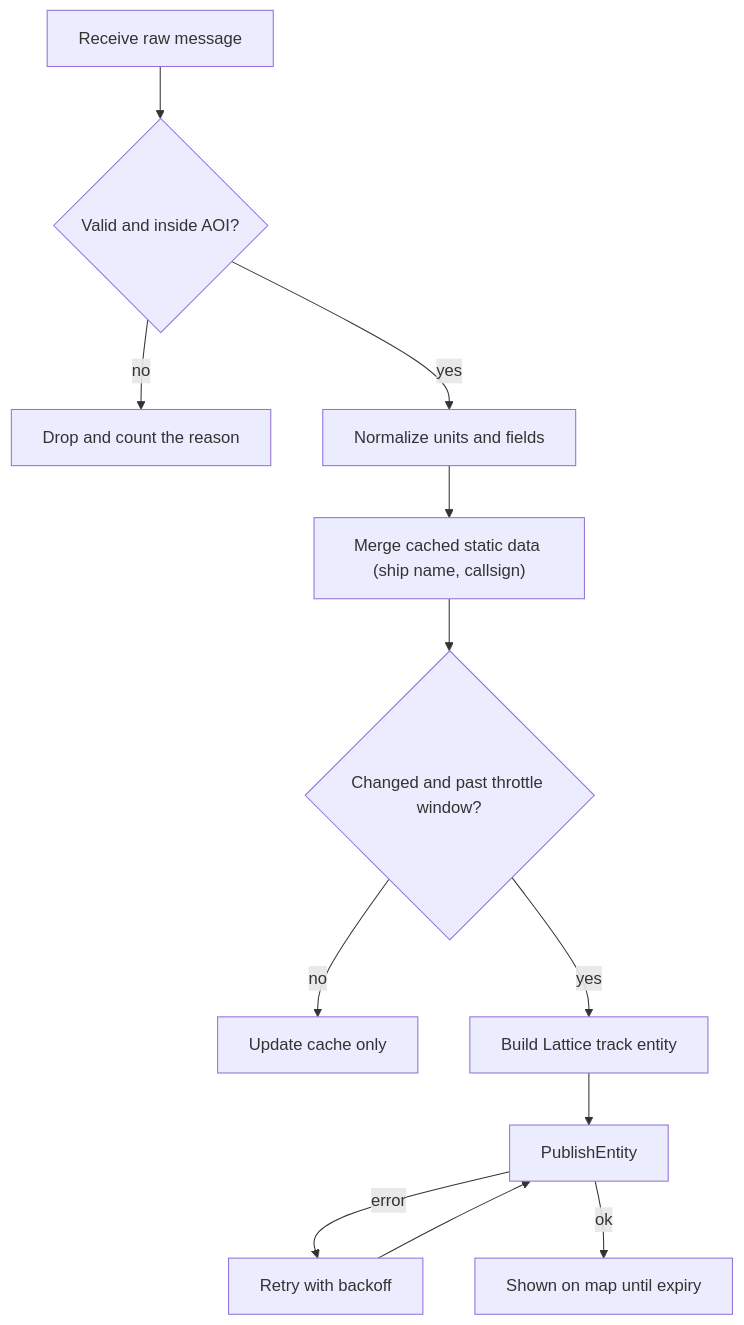
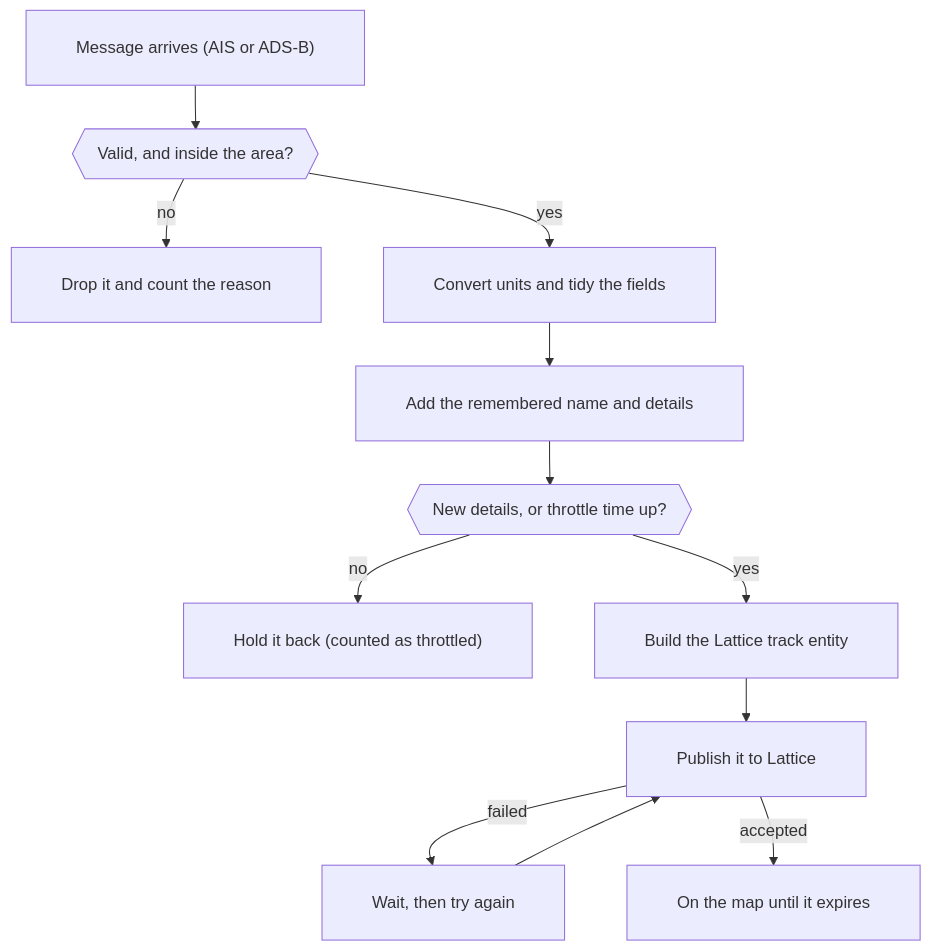
The second of 2 diagrams in README.md (WaughB/Lattice-COP), drawn with Mermaid before and after one commit. The commit also changed other lines of this file and 5 other files, not shown here.

Commit message:
docs: add screenshots to the README and redraw the message-flow diagram

````diff
--- a/README.md
+++ b/README.md
@@ -65,14 +69,15 @@
 ```mermaid
+%%{init: {"flowchart": {"wrappingWidth": 320, "padding": 24, "nodeSpacing": 60, "rankSpacing": 42}}}%%
 flowchart TD
-  A["Receive raw message"] --> B{"Valid and inside AOI?"}
-  B -- no --> X["Drop and count the reason"]
-  B -- yes --> C["Normalize units and fields"]
-  C --> D["Merge cached static data (ship name, callsign)"]
-  D --> E{"Changed and past throttle window?"}
-  E -- no --> F["Update cache only"]
-  E -- yes --> G["Build Lattice track entity"]
-  G --> H["PublishEntity"]
-  H -- error --> I["Retry with backoff"]
+  A["Message arrives (AIS or ADS-B)"] --> B{{"Valid, and inside the area?"}}
+  B -- "no" --> X["Drop it and count the reason"]
+  B -- "yes" --> C["Convert units and tidy the fields"]
+  C --> D["Add the remembered name and details"]
+  D --> E{{"New details, or throttle time up?"}}
+  E -- "no" --> F["Hold it back (counted as throttled)"]
+  E -- "yes" --> G["Build the Lattice track entity"]
+  G --> H["Publish it to Lattice"]
+  H -- "failed" --> I["Wait, then try again"]
   I --> H
-  H -- ok --> J["Shown on map until expiry"]
+  H -- "accepted" --> J["On the map until it expires"]
 ```
````
